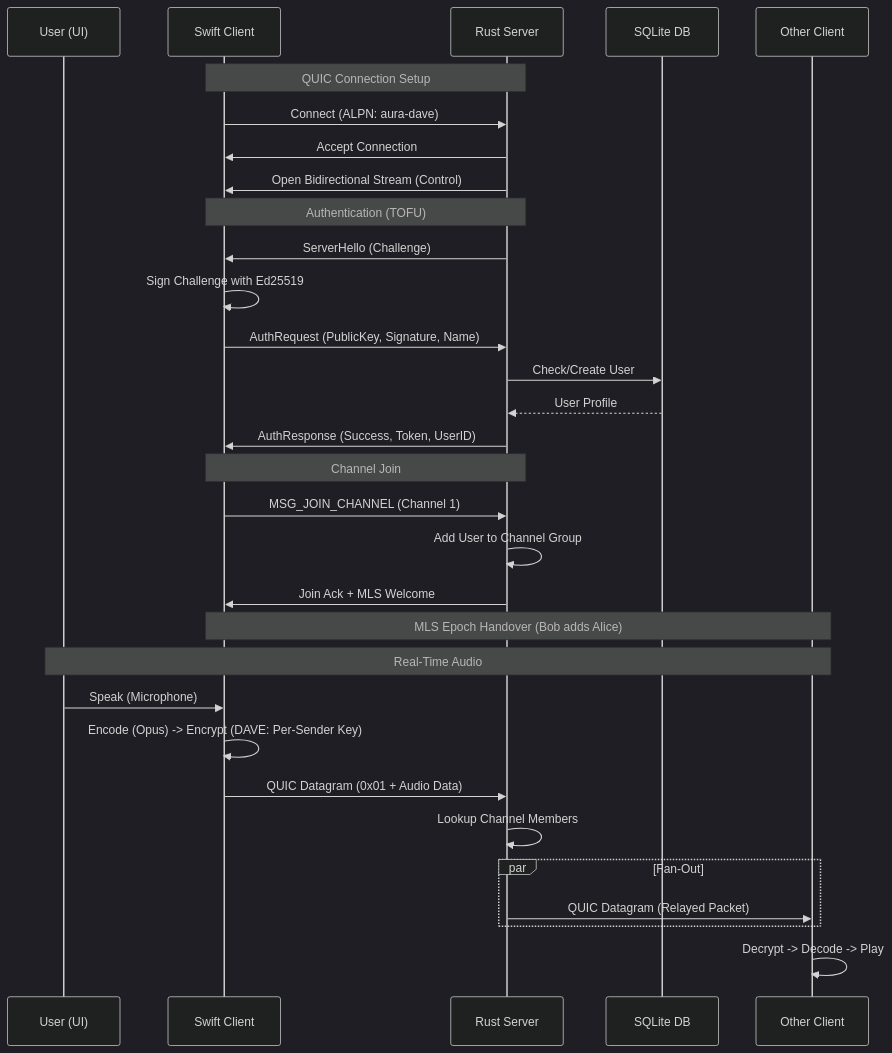
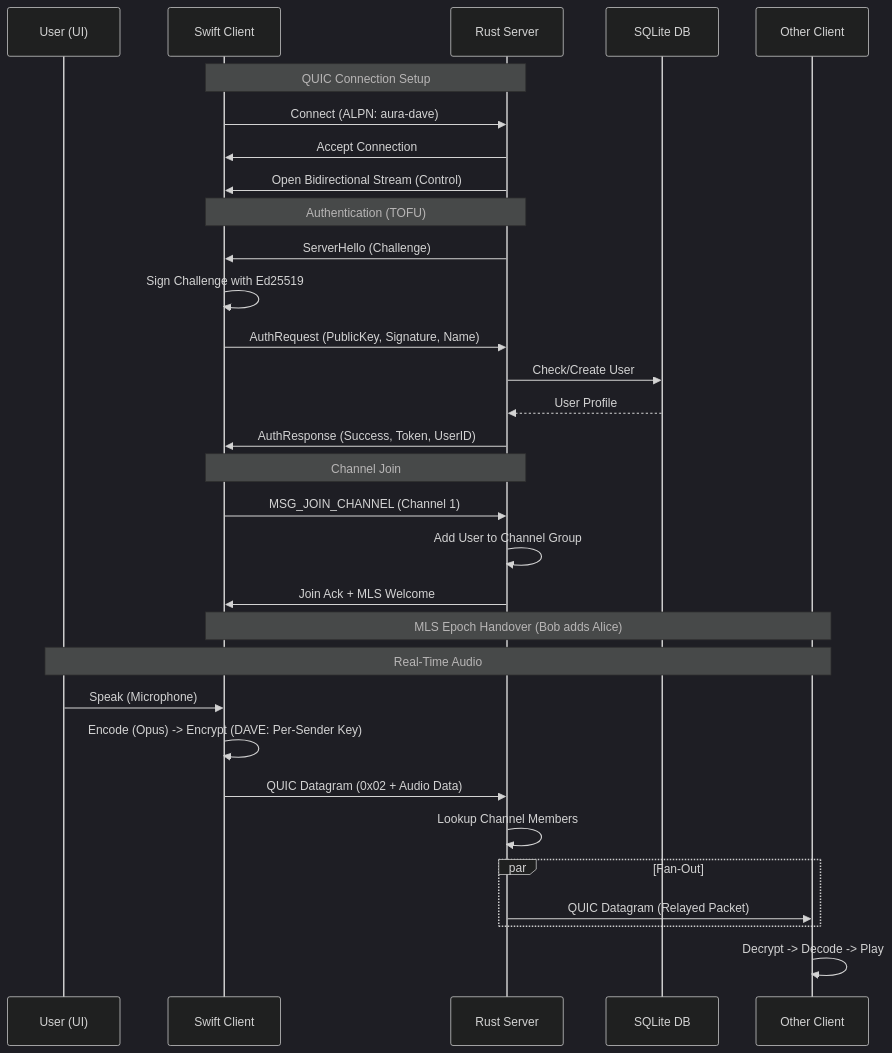
One commit to klobucar/aura changed the diagram in docs/diagrams/01_protocol_flow.md. Above: the diagram before and after it, drawn with Mermaid (dark theme). The commit also changed 6 other files, not shown here.

````diff
--- a/docs/diagrams/01_protocol_flow.md
+++ b/docs/diagrams/01_protocol_flow.md
@@ -5,37 +5,37 @@
 ```mermaid
 sequenceDiagram
     participant User as User (UI)
     participant Client as Swift Client
     participant Server as Rust Server
     participant DB as SQLite DB
     participant Other as Other Client
 
     Note over Client, Server: QUIC Connection Setup
     Client->>Server: Connect (ALPN: aura-dave)
     Server->>Client: Accept Connection
     Server->>Client: Open Bidirectional Stream (Control)
 
     Note over Client, Server: Authentication (TOFU)
     Server->>Client: ServerHello (Challenge)
     Client->>Client: Sign Challenge with Ed25519
     Client->>Server: AuthRequest (PublicKey, Signature, Name)
     Server->>DB: Check/Create User
     DB-->>Server: User Profile
     Server->>Client: AuthResponse (Success, Token, UserID)
 
     Note over Client, Server: Channel Join
     Client->>Server: MSG_JOIN_CHANNEL (Channel 1)
     Server->>Server: Add User to Channel Group
     Server->>Client: Join Ack + MLS Welcome
     Note over Client, Other: MLS Epoch Handover (Bob adds Alice)
 
     Note over User, Other: Real-Time Audio
     User->>Client: Speak (Microphone)
     Client->>Client: Encode (Opus) -> Encrypt (DAVE: Per-Sender Key)
-    Client->>Server: QUIC Datagram (0x01 + Audio Data)
+    Client->>Server: QUIC Datagram (0x02 + Audio Data)
     Server->>Server: Lookup Channel Members
     par Fan-Out
         Server->>Other: QUIC Datagram (Relayed Packet)
     end
     Other->>Other: Decrypt -> Decode -> Play
 ```
````
